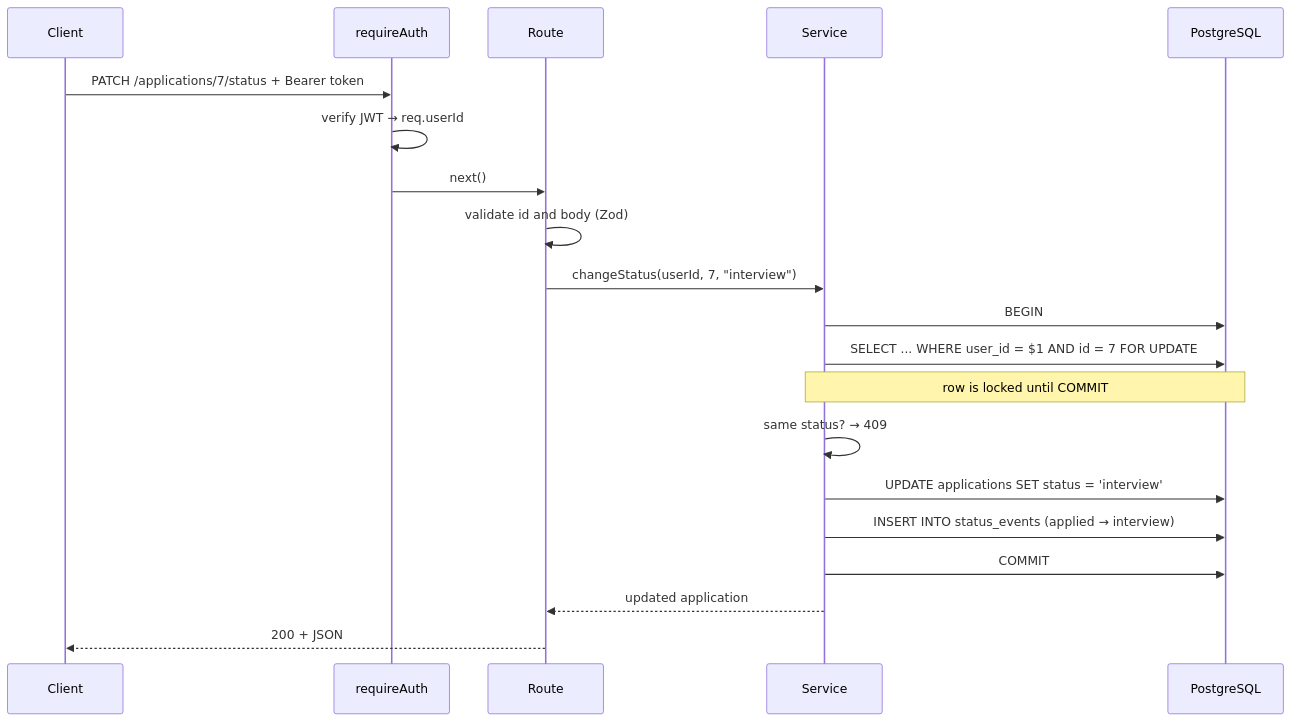
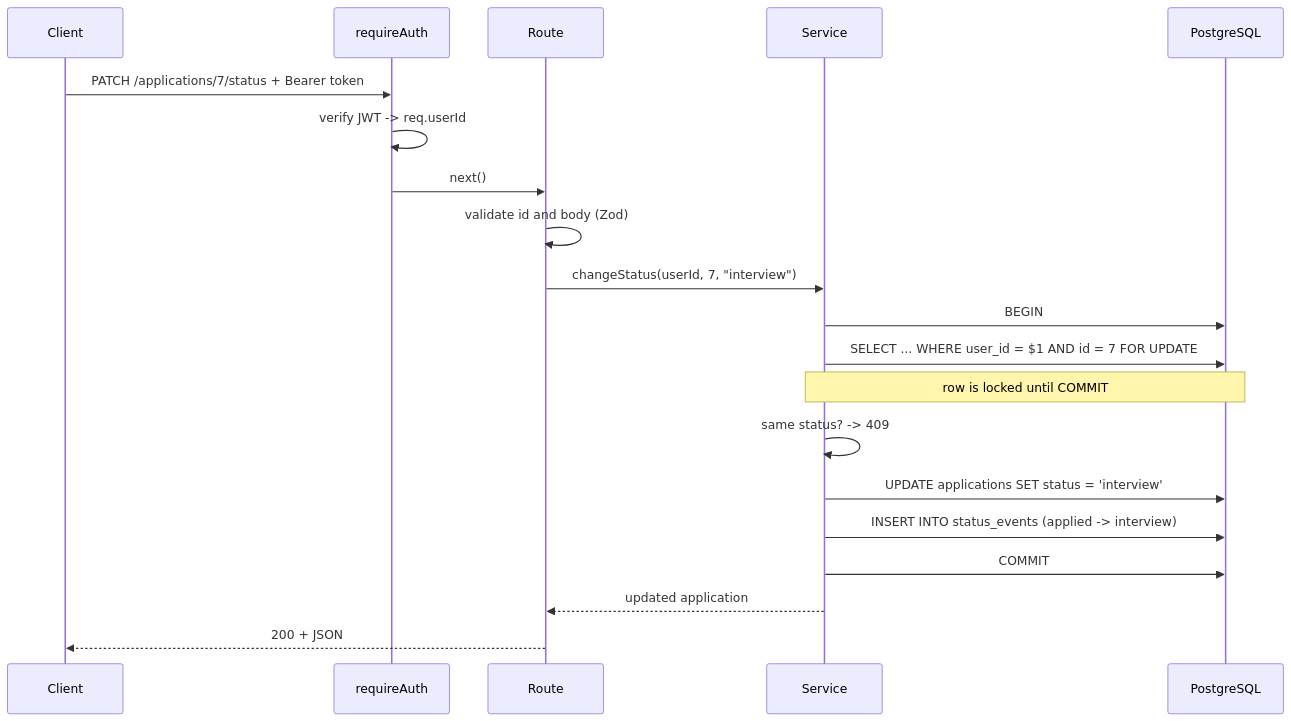
The second of 3 diagrams in README.md (air01aditya/quarry), drawn with Mermaid before and after one commit. The commit also changed other lines of this file, not shown here.

Commit message:
use plain arrows in readme

````diff
--- a/README.md
+++ b/README.md
@@ -62,23 +62,23 @@
 ```mermaid
 sequenceDiagram
     participant C as Client
     participant Auth as requireAuth
     participant R as Route
     participant S as Service
     participant DB as PostgreSQL
 
     C->>Auth: PATCH /applications/7/status + Bearer token
-    Auth->>Auth: verify JWT → req.userId
+    Auth->>Auth: verify JWT -> req.userId
     Auth->>R: next()
     R->>R: validate id and body (Zod)
     R->>S: changeStatus(userId, 7, "interview")
     S->>DB: BEGIN
     S->>DB: SELECT ... WHERE user_id = $1 AND id = 7 FOR UPDATE
     Note over S,DB: row is locked until COMMIT
-    S->>S: same status? → 409
+    S->>S: same status? -> 409
     S->>DB: UPDATE applications SET status = 'interview'
-    S->>DB: INSERT INTO status_events (applied → interview)
+    S->>DB: INSERT INTO status_events (applied -> interview)
     S->>DB: COMMIT
     S-->>R: updated application
     R-->>C: 200 + JSON
 ```
````
